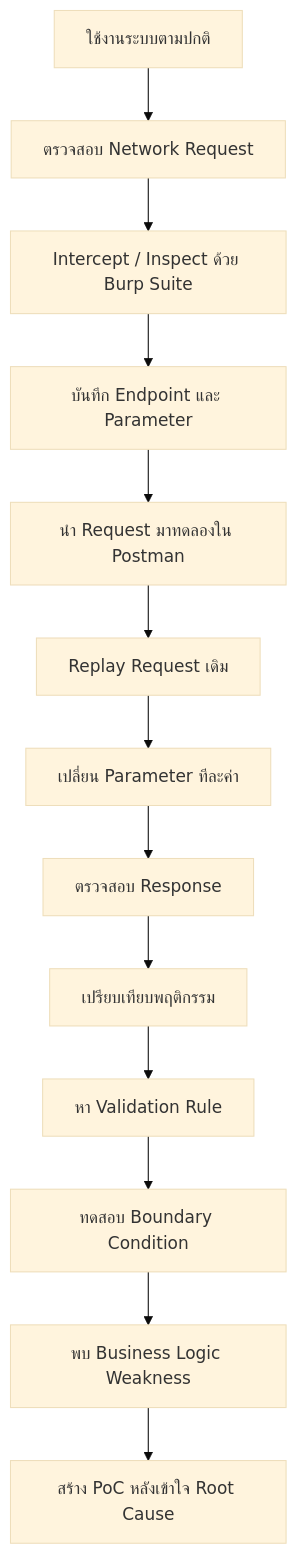
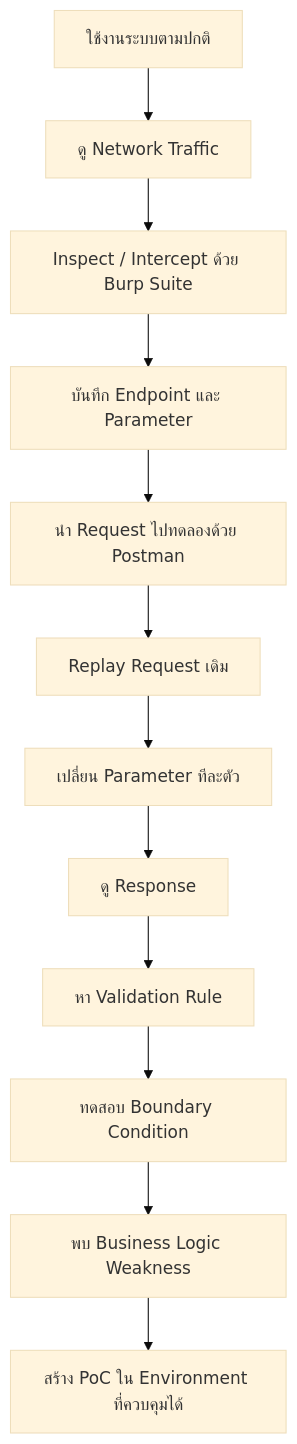
One commit to ntdotjsx/ovec-bypass changed the first of 5 diagrams in README.md. Above: the diagram before and after it, drawn with Mermaid (base theme). The commit also changed other lines of this file, not shown here.

````diff
--- a/README.md
+++ b/README.md
@@ -125,28 +145,26 @@
 ```mermaid
 flowchart TD
 
     A[ใช้งานระบบตามปกติ]
-    --> B[ตรวจสอบ Network Request]
+    --> B[ดู Network Traffic]
 
-    B --> C[Intercept / Inspect ด้วย Burp Suite]
+    B --> C[Inspect / Intercept ด้วย Burp Suite]
 
     C --> D[บันทึก Endpoint และ Parameter]
 
-    D --> E[นำ Request มาทดลองใน Postman]
+    D --> E[นำ Request ไปทดลองด้วย Postman]
 
     E --> F[Replay Request เดิม]
 
-    F --> G[เปลี่ยน Parameter ทีละค่า]
+    F --> G[เปลี่ยน Parameter ทีละตัว]
 
-    G --> H[ตรวจสอบ Response]
+    G --> H[ดู Response]
 
-    H --> I[เปรียบเทียบพฤติกรรม]
+    H --> I[หา Validation Rule]
 
-    I --> J[หา Validation Rule]
+    I --> J[ทดสอบ Boundary Condition]
 
-    J --> K[ทดสอบ Boundary Condition]
+    J --> K[พบ Business Logic Weakness]
 
-    K --> L[พบ Business Logic Weakness]
-
-    L --> M[สร้าง PoC หลังเข้าใจ Root Cause]
+    K --> L[สร้าง PoC ใน Environment ที่ควบคุมได้]
 ```
````
